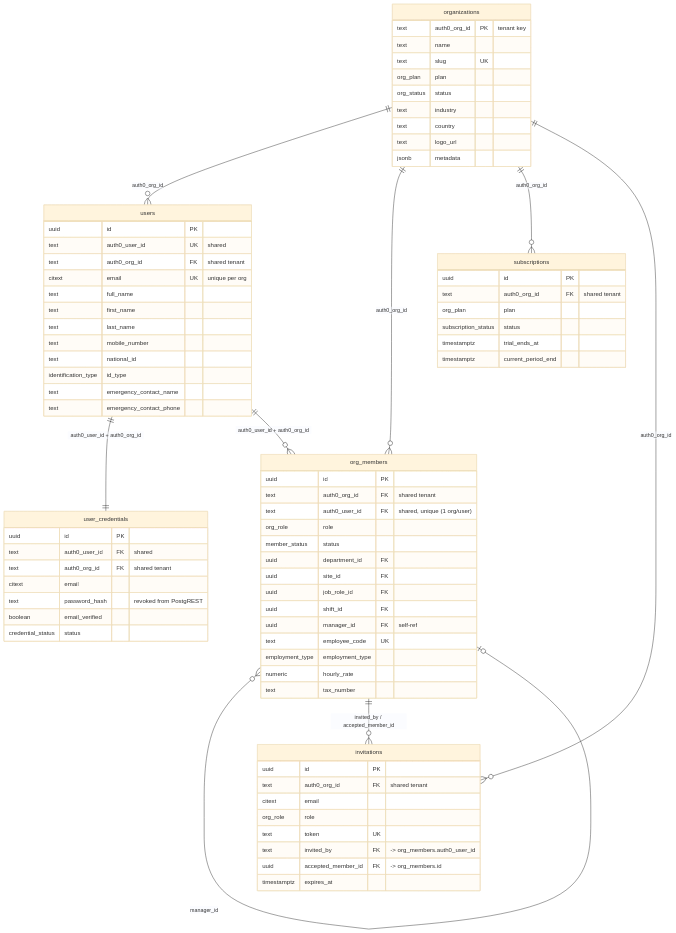
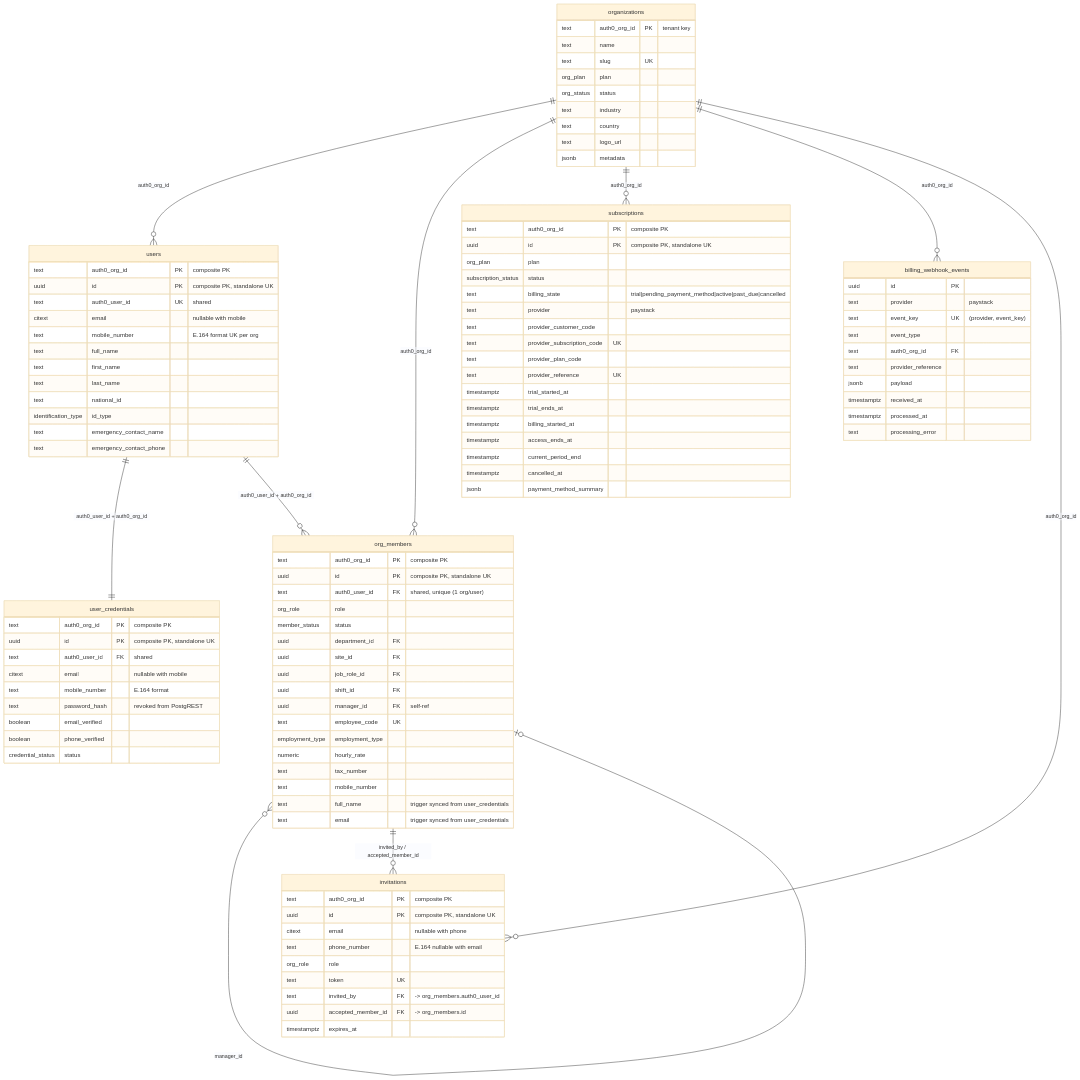
The third of 8 diagrams in docs/data-flow-diagram.md (SBMConcepts/easy-ops), drawn with Mermaid (base theme) before and after one commit. The commit also changed other lines of this file and 4 other files, not shown here.

Commit message:
Implement billing model updates and database schema changes; normalize plan tiers; enhance data flow diagrams; update compliance suite contact details; refine SNS phone integration documentation.

```diff
--- a/docs/data-flow-diagram.md
+++ b/docs/data-flow-diagram.md
@@ -198,31 +222,33 @@
         jsonb metadata
     }
     users {
-        uuid id PK
+        text auth0_org_id PK "composite PK"
+        uuid id PK "composite PK, standalone UK"
         text auth0_user_id UK "shared"
-        text auth0_org_id FK "shared tenant"
-        citext email UK "unique per org"
+        citext email "nullable with mobile"
+        text mobile_number "E.164 format UK per org"
         text full_name
         text first_name
         text last_name
-        text mobile_number
         text national_id
         identification_type id_type
         text emergency_contact_name
         text emergency_contact_phone
     }
     user_credentials {
-        uuid id PK
+        text auth0_org_id PK "composite PK"
+        uuid id PK "composite PK, standalone UK"
         text auth0_user_id FK "shared"
-        text auth0_org_id FK "shared tenant"
-        citext email
+        citext email "nullable with mobile"
+        text mobile_number "E.164 format"
         text password_hash "revoked from PostgREST"
         boolean email_verified
+        boolean phone_verified
         credential_status status
     }
     org_members {
-        uuid id PK
-        text auth0_org_id FK "shared tenant"
+        text auth0_org_id PK "composite PK"
+        uuid id PK "composite PK, standalone UK"
         text auth0_user_id FK "shared, unique (1 org/user)"
         org_role role
         member_status status
@@ -235,19 +261,46 @@
         employment_type employment_type
         numeric hourly_rate
         text tax_number
+        text mobile_number
+        text full_name "trigger synced from user_credentials"
+        text email "trigger synced from user_credentials"
     }
     subscriptions {
-        uuid id PK
-        text auth0_org_id FK "shared tenant"
+        text auth0_org_id PK "composite PK"
+        uuid id PK "composite PK, standalone UK"
         org_plan plan
         subscription_status status
+        text billing_state "trial|pending_payment_method|active|past_due|cancelled"
+        text provider "paystack"
+        text provider_customer_code
+        text provider_subscription_code UK
+        text provider_plan_code
+        text provider_reference UK
+        timestamptz trial_started_at
         timestamptz trial_ends_at
+        timestamptz billing_started_at
+        timestamptz access_ends_at
         timestamptz current_period_end
+        timestamptz cancelled_at
+        jsonb payment_method_summary
+    }
+    billing_webhook_events {
+        uuid id PK
+        text provider "paystack"
+        text event_key UK "(provider, event_key)"
+        text event_type
+        text auth0_org_id FK
+        text provider_reference
+        jsonb payload
+        timestamptz received_at
+        timestamptz processed_at
+        text processing_error
     }
     invitations {
-        uuid id PK
-        text auth0_org_id FK "shared tenant"
-        citext email
+        text auth0_org_id PK "composite PK"
+        uuid id PK "composite PK, standalone UK"
+        citext email "nullable with phone"
+        text phone_number "E.164 nullable with email"
         org_role role
         text token UK
         text invited_by FK "-> org_members.auth0_user_id"
@@ -258,6 +311,7 @@
     organizations ||--o{ users : auth0_org_id
     organizations ||--o{ org_members : auth0_org_id
     organizations ||--o{ subscriptions : auth0_org_id
+    organizations ||--o{ billing_webhook_events : auth0_org_id
     organizations ||--o{ invitations : auth0_org_id
     users ||--|| user_credentials : "auth0_user_id + auth0_org_id"
     users ||--o{ org_members : "auth0_user_id + auth0_org_id"
```
